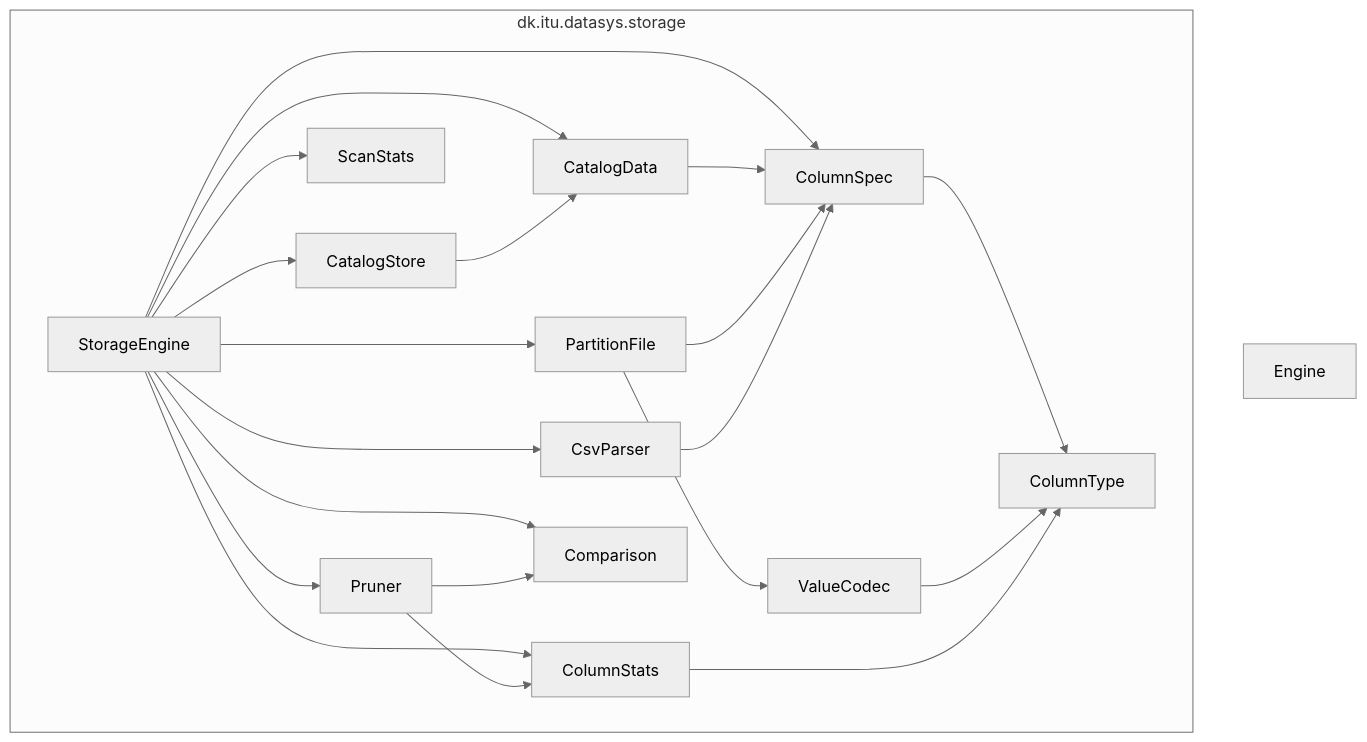
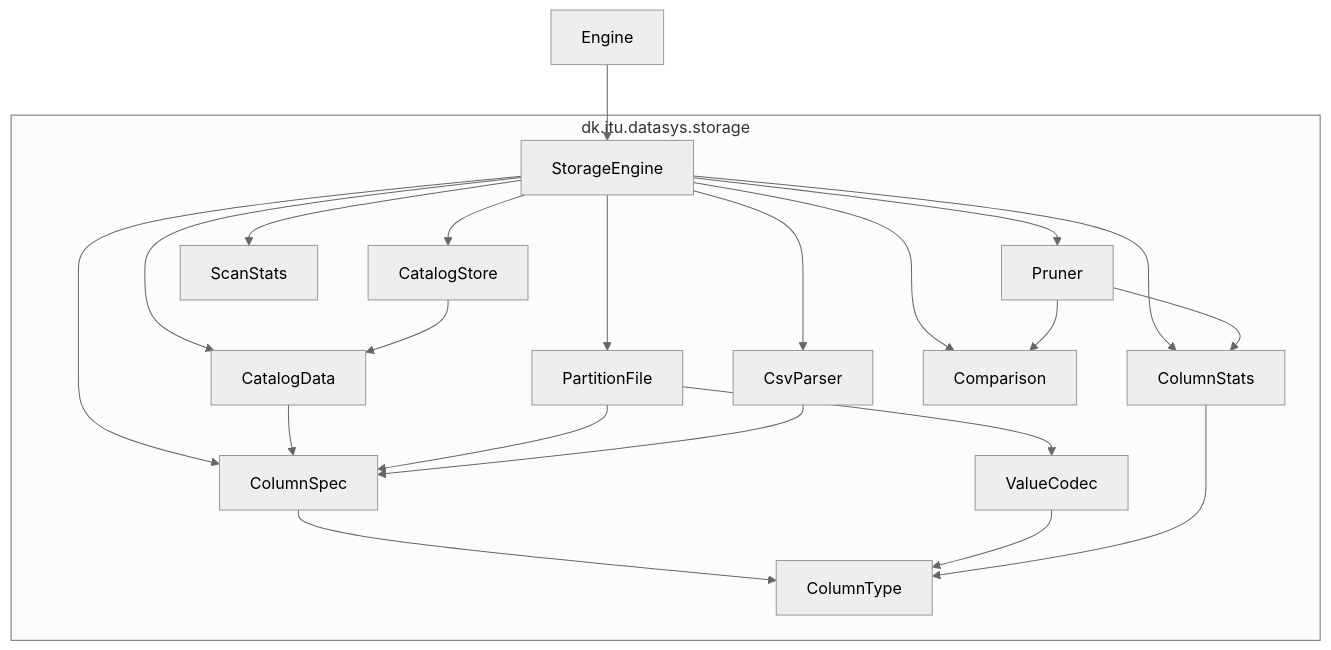
The diagram in README.md (julianefalsig/datasys-engine-TheQueryCrew), drawn with Mermaid (neutral theme) before and after one commit. The commit also changed other lines of this file and 1 other file, not shown here.

Commit message:
Update Engine.java to fulfill task 2.5

````diff
--- a/README.md
+++ b/README.md
@@ -46,37 +46,38 @@
 ```mermaid
 flowchart TD
   Engine
   subgraph storagePkg ["dk.itu.datasys.storage"]
     StorageEngine
     CatalogStore
     CatalogData
     PartitionFile
     CsvParser
     Pruner
     ColumnStats
     ColumnSpec
     Comparison
     ScanStats
     ValueCodec
     ColumnType
   end
+  Engine --> StorageEngine
   StorageEngine --> CatalogStore
   StorageEngine --> CatalogData
   StorageEngine --> PartitionFile
   StorageEngine --> CsvParser
   StorageEngine --> Pruner
   StorageEngine --> ColumnStats
   StorageEngine --> ColumnSpec
   StorageEngine --> Comparison
   StorageEngine --> ScanStats
   CatalogStore --> CatalogData
   CatalogData --> ColumnSpec
   PartitionFile --> ValueCodec
   PartitionFile --> ColumnSpec
   CsvParser --> ColumnSpec
   Pruner --> ColumnStats
   Pruner --> Comparison
   ColumnSpec --> ColumnType
   ValueCodec --> ColumnType
   ColumnStats --> ColumnType
 ```
````
